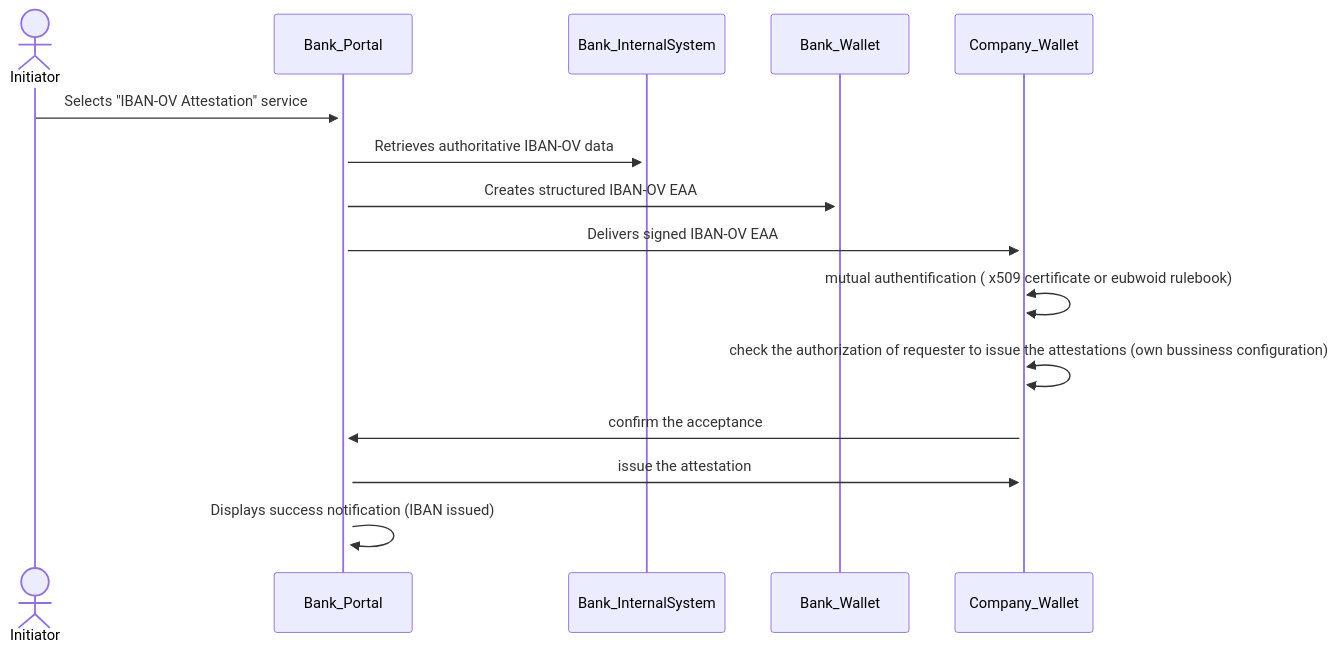
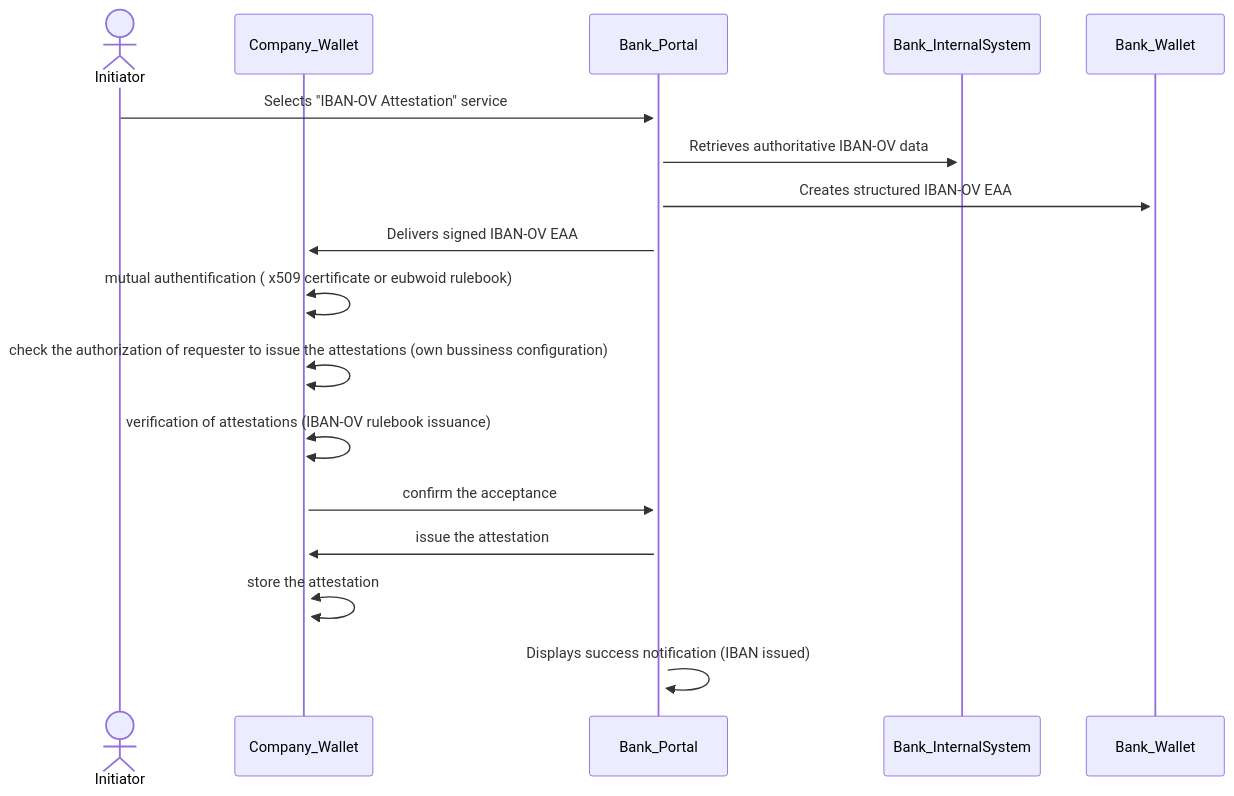
One commit to DominicHurni/wp3-technology-standards changed diagram 11 of 11 in PA3/PA3_MVP.md. Above: the diagram before and after it, drawn with Mermaid. The commit also changed other lines of this file, not shown here.

Commit message:
PA3 changes

````diff
--- a/PA3/PA3_MVP.md
+++ b/PA3/PA3_MVP.md
@@ -228,15 +229,18 @@
 ```mermaid
 sequenceDiagram
     actor Initiator
+    participant Company_Wallet
     Initiator ->>+Bank_Portal : Selects "IBAN-OV Attestation" service
 
     Bank_Portal ->>+Bank_InternalSystem: Retrieves authoritative IBAN-OV data
     Bank_Portal ->>+Bank_Wallet : Creates structured IBAN-OV EAA
     Bank_Portal ->>+Company_Wallet : Delivers signed IBAN-OV EAA
     Company_Wallet<<->>Company_Wallet: mutual authentification ( x509 certificate or eubwoid rulebook)
     Company_Wallet<<->>Company_Wallet: check the authorization of requester to issue the attestations (own bussiness configuration)
+    Company_Wallet<<->>Company_Wallet: verification of attestations (IBAN-OV rulebook issuance)
     Company_Wallet->>+Bank_Portal: confirm the acceptance
-
     Bank_Portal->>+Company_Wallet: issue the attestation
+    Company_Wallet<<->>Company_Wallet: store the attestation
+    
     Bank_Portal ->>+Bank_Portal : Displays success notification (IBAN issued)
 ```
````
